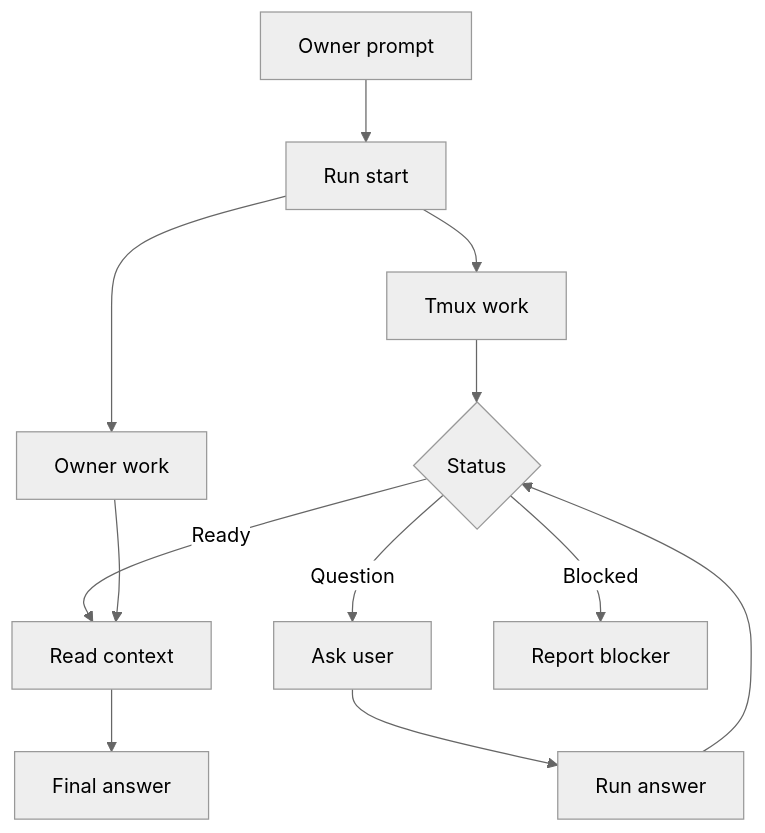
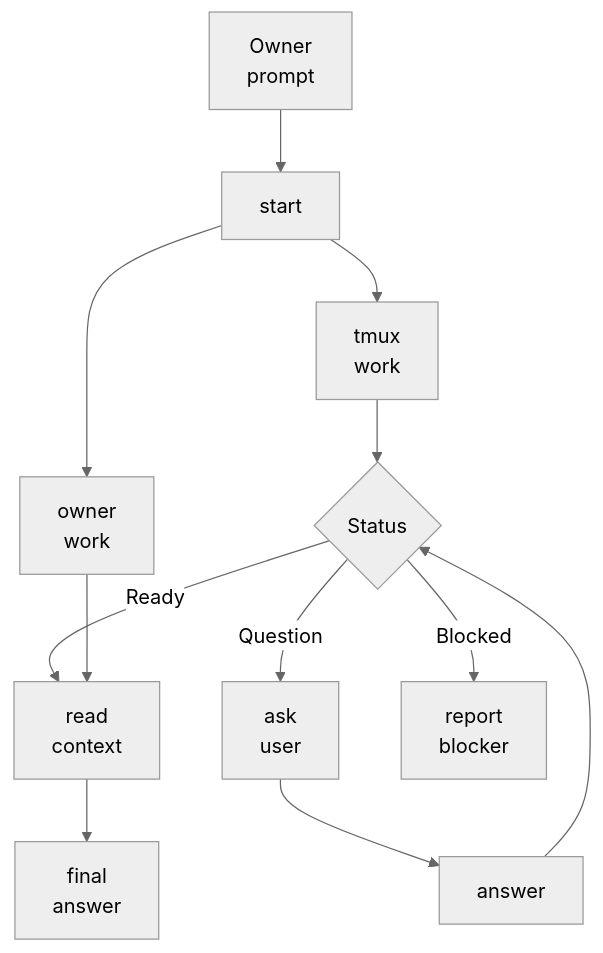
One commit to TrailblazerSR/ask-tmux-pipeline changed the third of 7 diagrams in README.md. Above: the diagram before and after it, drawn with Mermaid (neutral theme). The commit also changed other lines of this file, not shown here.

First line of the commit message:
Wrap Mermaid labels for reliable GitHub rendering

````diff
--- a/README.md
+++ b/README.md
@@ -134,17 +139,24 @@
 ```mermaid
 flowchart TD
     accTitle: Same Prompt Synthesis
     accDescr: Same-prompt flow where the owner CLI and a tmux CLI work in parallel, then the owner synthesizes the final answer
 
-    owner_prompt[Owner prompt] --> start_pipeline[Run start]
-    start_pipeline --> tmux_work[Tmux work]
-    start_pipeline --> owner_work[Owner work]
+    owner_prompt["`Owner
+    prompt`"] --> start_pipeline["`start`"]
+    start_pipeline --> tmux_work["`tmux
+    work`"]
+    start_pipeline --> owner_work["`owner
+    work`"]
     tmux_work --> status_check{Status}
-    status_check -->|Ready| read_context[Read context]
-    status_check -->|Question| ask_user[Ask user]
-    status_check -->|Blocked| report_blocker[Report blocker]
-    ask_user --> send_answer[Run answer]
+    status_check -->|Ready| read_context["`read
+    context`"]
+    status_check -->|Question| ask_user["`ask
+    user`"]
+    status_check -->|Blocked| report_blocker["`report
+    blocker`"]
+    ask_user --> send_answer["`answer`"]
     send_answer --> status_check
     owner_work --> read_context
-    read_context --> final_answer[Final answer]
+    read_context --> final_answer["`final
+    answer`"]
 ```
````
